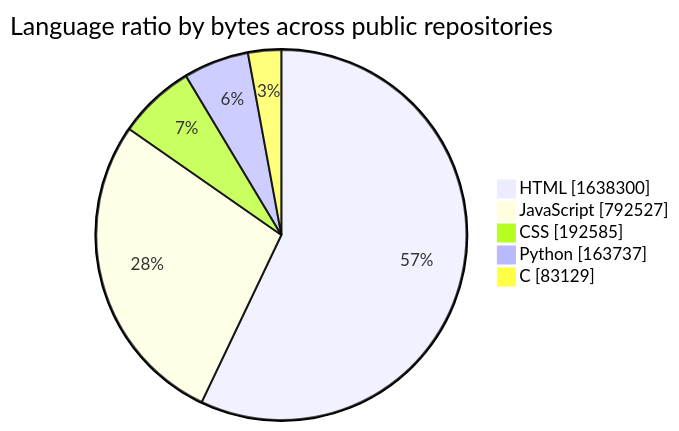
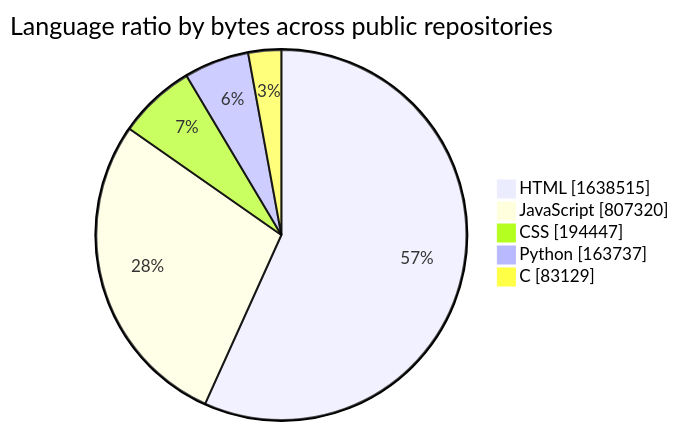
Before and after one commit to tchinso/tchinso: the first of 2 diagrams in README.md, drawn with Mermaid. The commit also changed other lines of this file, not shown here.

````diff
--- a/README.md
+++ b/README.md
@@ -24,9 +24,9 @@
 ```mermaid
 pie showData
     title Language ratio by bytes across public repositories
-    "HTML" : 1638300
-    "JavaScript" : 792527
-    "CSS" : 192585
+    "HTML" : 1638515
+    "JavaScript" : 807320
+    "CSS" : 194447
     "Python" : 163737
     "C" : 83129
 ```
````
